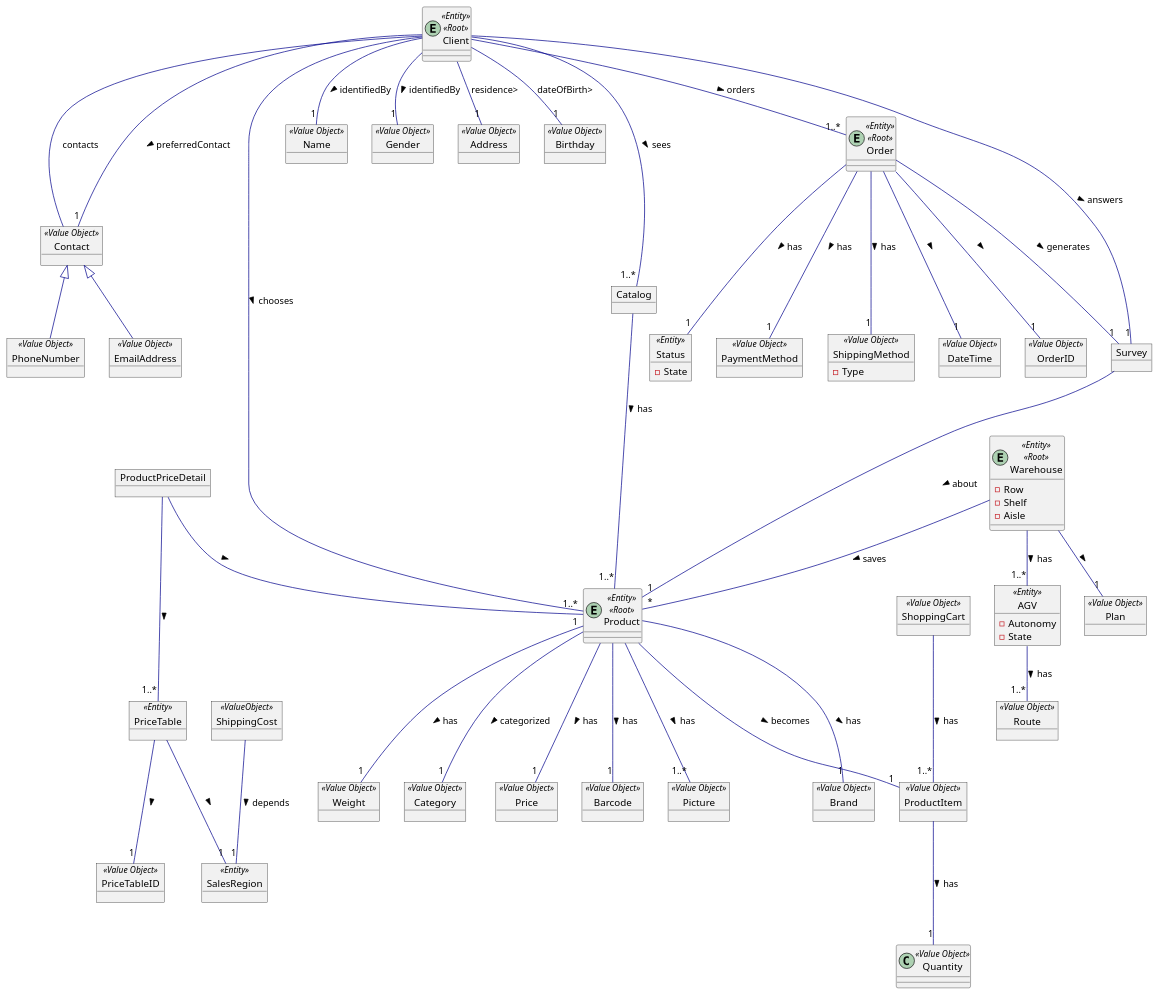
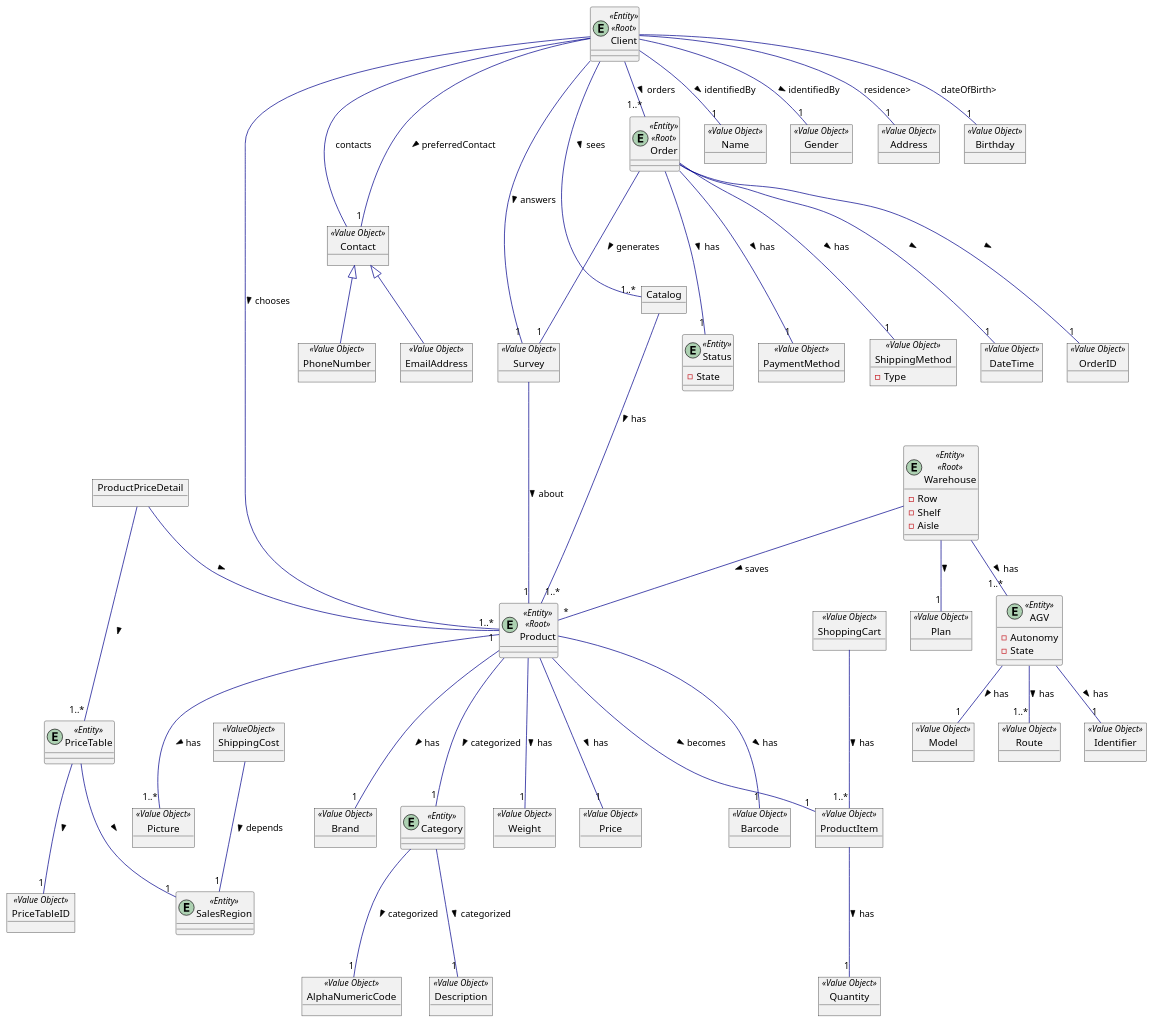
Before and after one commit to marttuga/LAPR4-SmartSystems: the diagram in docs/Sprint1/Domain Model/DM.puml, drawn with PlantUML.

Commit message:
US-G002: Analysis: correction on Domain Model.

```diff
--- a/docs/Sprint1/Domain Model/DM.puml
+++ b/docs/Sprint1/Domain Model/DM.puml
@@ -1,160 +1,174 @@
 @startuml
 skinparam object {
 ArrowColor DarkBlue
 }
 
 skinparam stereotypeCBackgroundColor LightBlue
 
-object Survey
+object Survey <<Value Object>>
 
 entity Client <<Entity>> <<Root>>
 
 object Contact <<Value Object>>
 
 object PhoneNumber <<Value Object>>
 
 object EmailAddress <<Value Object>>
 
 object Name <<Value Object>>
 
 object Gender <<Value Object>>
 
 object Address <<Value Object>>
 
 object Birthday <<Value Object>>
 
 
 
 /' Client '/
 Client --- "1" Contact : preferredContact >
 Client -- "1" Name : identifiedBy >
 Client --  Contact : contacts
 Client -- "1" Gender : identifiedBy >
 Client -- "1" Address : residence>
 Client -- "1" Birthday : dateOfBirth>
 Contact <|-- PhoneNumber
 Contact <|-- EmailAddress
 Client -- "1" Survey : answers >
 
 
 
 
 entity Product <<Entity>> <<Root>>
 
 object PriceTableID <<Value Object>>
 
-object PriceTable <<Entity>>
+entity PriceTable <<Entity>>
 
-object SalesRegion <<Entity>>
+entity SalesRegion <<Entity>>
 
-object Category <<Value Object>>
+entity Category <<Entity>>
 
 object ProductPriceDetail
 
 object Price <<Value Object>>
 
 object Barcode <<Value Object>>
 
 object Picture <<Value Object>>
 
 object Brand <<Value Object>>
 
 object ProductItem <<Value Object>>
 
-Class Quantity <<Value Object>>
+object Quantity <<Value Object>>
 
 object Weight <<Value Object>>
 
+object Model <<Value Object>>
 
 
 /' Product '/
 Product --- "1" Category: categorized >
 Product --- "1" Price: has >
 Product --- "1..*" Picture: has >
 Product --- "1" Barcode: has >
 Product --- "1" Brand: has >
 ProductPriceDetail -- "1" Product: >
 ProductPriceDetail --- "1..*" PriceTable: >
 PriceTable --- "1" PriceTableID: >
 PriceTable --- "1" SalesRegion: >
 Survey --- "1" Product: about  >
 Product --- "1" ProductItem: becomes >
 ProductItem --- "1" Quantity: has >
 
 
 
 
     entity Warehouse <<Entity>> <<Root>>{
     -Row
     -Shelf
     -Aisle
     }
 
-    object AGV <<Entity>>{
+    entity AGV <<Entity>>{
     -Autonomy
     -State
     }
 
 object Route <<Value Object>>
 
+object Identifier <<Value Object>>
+
 object Plan <<Value Object>>
+
+object AlphaNumericCode <<Value Object>>
+
+object Description <<Value Object>>
+
+/' category '/
+Category --- "1" AlphaNumericCode  : categorized >
+Category --- "1" Description  : categorized >
+
 
 
 
 /' Warehouse '/
 
 Warehouse -- "1..*" AGV: has >
 AGV -- "1..*" Route: has >
+AGV -- "1" Identifier: has >
+AGV -- "1" Model: has >
 Warehouse -- "1" Plan: >
 
 
 
 entity Order <<Entity>> <<Root>>
 
 object DateTime <<Value Object>>
 
 object OrderID <<Value Object>>
 
-    object Status <<Entity>>{
+ entity Status <<Entity>>{
     -State
     }
 
 object PaymentMethod <<Value Object>>
 
     object ShippingMethod <<Value Object>>{
     -Type
     }
 
 object ShippingCost <<ValueObject>>
 
 
 
 
 /' Order '/
 Order --- "1" OrderID : >
 Order --- "1" DateTime : >
 Order --- "1" Status : has >
 Order --- "1" PaymentMethod : has >
 Order --- "1" ShippingMethod : has >
 Order --- "1" Survey : generates >
 ShippingCost --- "1" SalesRegion: depends >
 Product --- "1" Weight: has >
 
 
 object ShoppingCart <<Value Object>>
 
 /' ShoppingCart '/
 ShoppingCart --- "1..*" ProductItem: has >
 
 object Catalog
 
 /' Catalog '/
 Client --- "1..*" Catalog: sees >
 Catalog --- "1..*" Product: has >
 
 
 /' Joined Aggregates '/
 Client -- "1..*" Order: orders >
 Client -- "1..*" Product: chooses >
 Warehouse -- "*" Product: saves >
 @enduml
```
